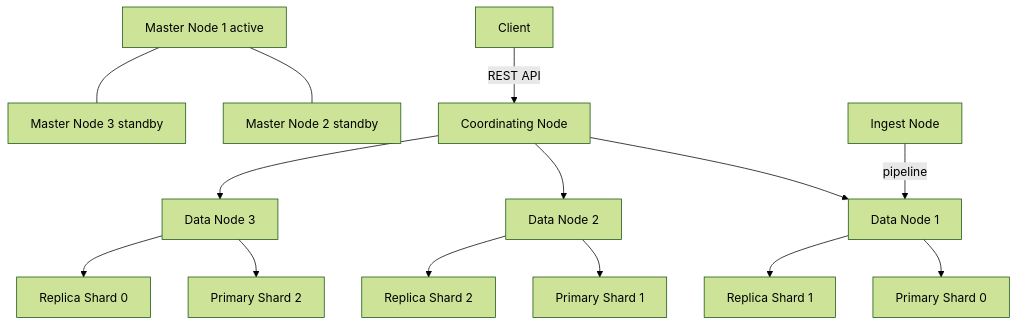
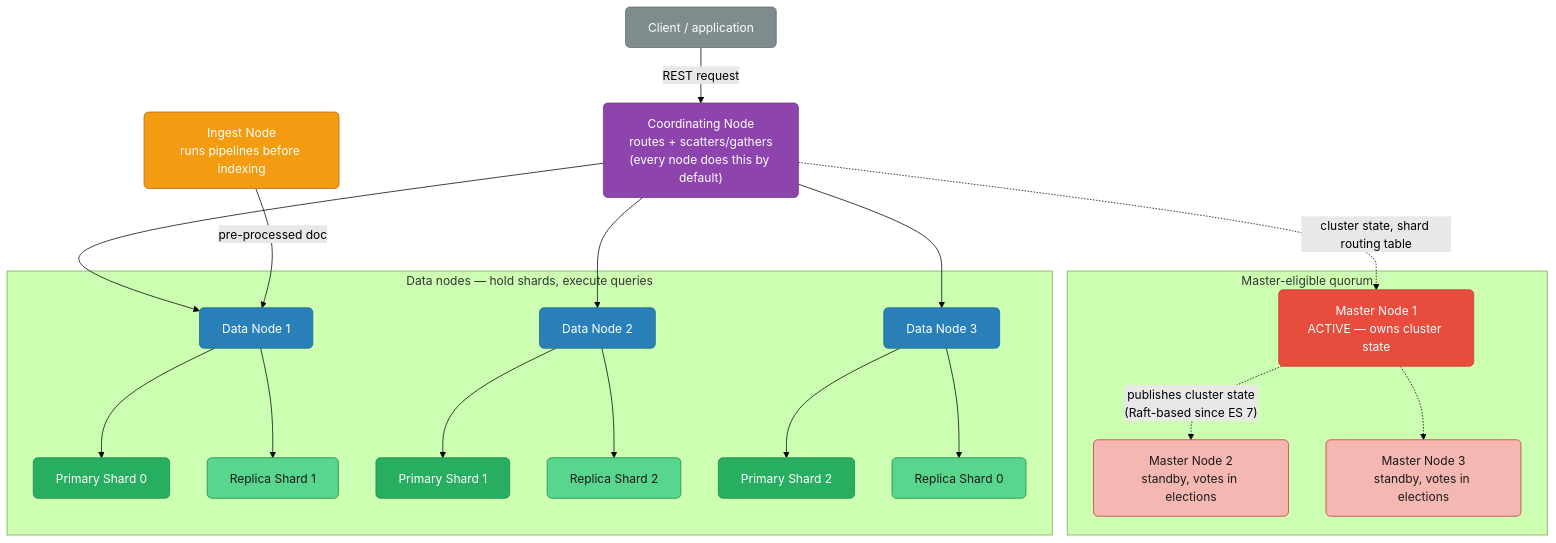
Before and after one commit to deepanshu-rawat6/DevOpsIndex: the first of 5 diagrams in databases/elasticsearch-internals.md, drawn with Mermaid (forest theme). The commit also changed other lines of this file and 7 other files, not shown here.

````diff
--- a/databases/elasticsearch-internals.md
+++ b/databases/elasticsearch-internals.md
@@ -44,19 +55,41 @@
 ```mermaid
 graph TD
-    Client -->|REST API| Coord[Coordinating Node]
-    Coord --> DN1[Data Node 1]
-    Coord --> DN2[Data Node 2]
-    Coord --> DN3[Data Node 3]
+    classDef client fill:#7f8c8d,stroke:#616a6b,color:#fff,rx:6
+    classDef coord fill:#8e44ad,stroke:#6c3483,color:#fff,rx:6
+    classDef masterActive fill:#e74c3c,stroke:#c0392b,color:#fff,rx:6
+    classDef masterStandby fill:#f5b7b1,stroke:#c0392b,color:#1a1a1a,rx:6
+    classDef data fill:#2980b9,stroke:#1f618d,color:#fff,rx:6
+    classDef primary fill:#27ae60,stroke:#1e8449,color:#fff,rx:6
+    classDef replica fill:#58d68d,stroke:#1e8449,color:#1a1a1a,rx:6
+    classDef ingest fill:#f39c12,stroke:#ba6018,color:#fff,rx:6
 
-    MN1[Master Node 1 active] --- MN2[Master Node 2 standby]
-    MN1 --- MN3[Master Node 3 standby]
+    CLIENT["Client / application"]:::client -->|"REST request"| Coord["Coordinating Node<br/>routes + scatters/gathers<br/>(every node does this by default)"]:::coord
 
-    DN1 --> P0[Primary Shard 0]
-    DN1 --> R1[Replica Shard 1]
-    DN2 --> P1[Primary Shard 1]
-    DN2 --> R2[Replica Shard 2]
-    DN3 --> P2[Primary Shard 2]
-    DN3 --> R0[Replica Shard 0]
+    subgraph MASTERS["Master-eligible quorum"]
+        MN1["Master Node 1<br/>ACTIVE — owns cluster state"]:::masterActive
+        MN2["Master Node 2<br/>standby, votes in elections"]:::masterStandby
+        MN3["Master Node 3<br/>standby, votes in elections"]:::masterStandby
+        MN1 -.->|"publishes cluster state<br/>(Raft-based since ES 7)"| MN2
+        MN1 -.-> MN3
+    end
 
-    Ingest[Ingest Node] -->|pipeline| DN1
+    Coord -.->|"cluster state, shard routing table"| MN1
+
+    subgraph DATA["Data nodes — hold shards, execute queries"]
+        DN1["Data Node 1"]:::data
+        DN2["Data Node 2"]:::data
+        DN3["Data Node 3"]:::data
+        DN1 --> P0["Primary Shard 0"]:::primary
+        DN1 --> R1["Replica Shard 1"]:::replica
+        DN2 --> P1["Primary Shard 1"]:::primary
+        DN2 --> R2["Replica Shard 2"]:::replica
+        DN3 --> P2["Primary Shard 2"]:::primary
+        DN3 --> R0["Replica Shard 0"]:::replica
+    end
+
+    Coord --> DN1
+    Coord --> DN2
+    Coord --> DN3
+
+    ING["Ingest Node<br/>runs pipelines before indexing"]:::ingest -->|"pre-processed doc"| DN1
 ```
````
